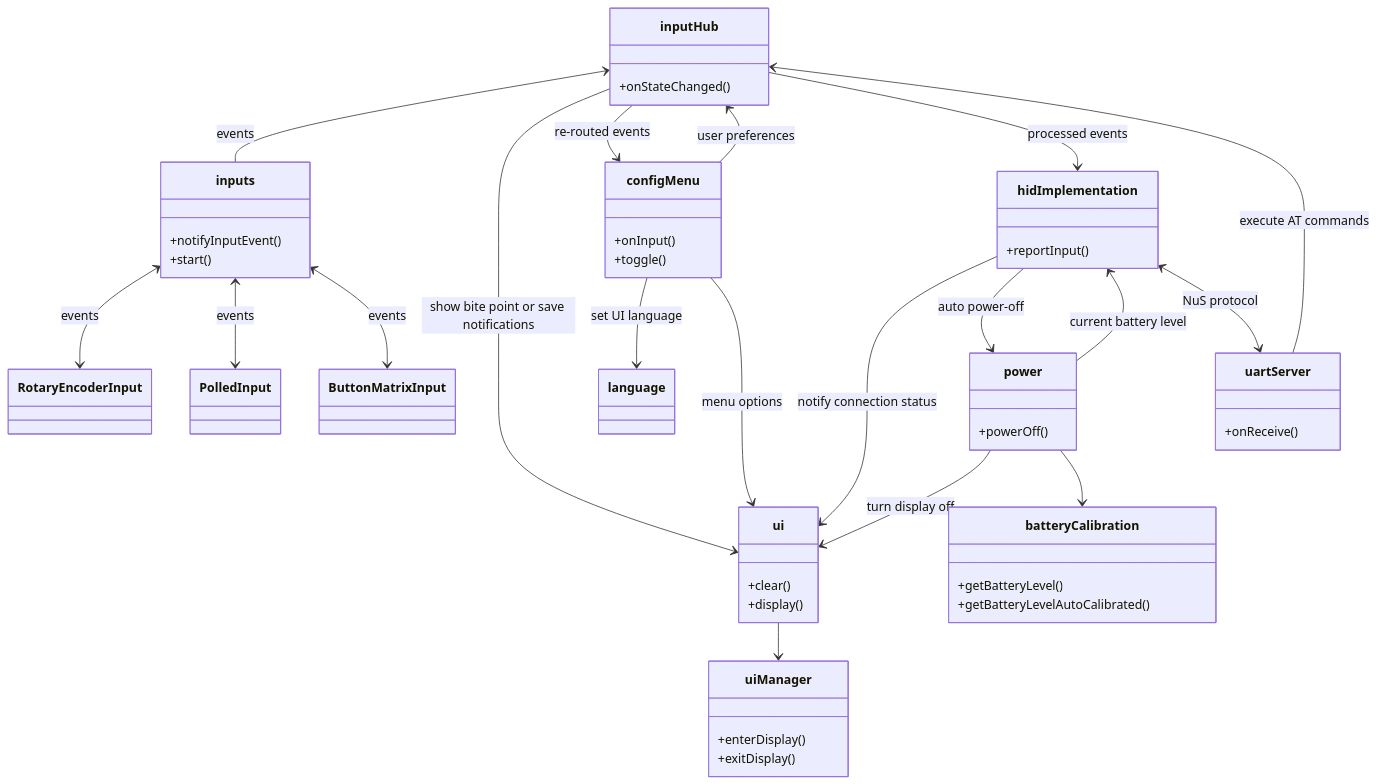
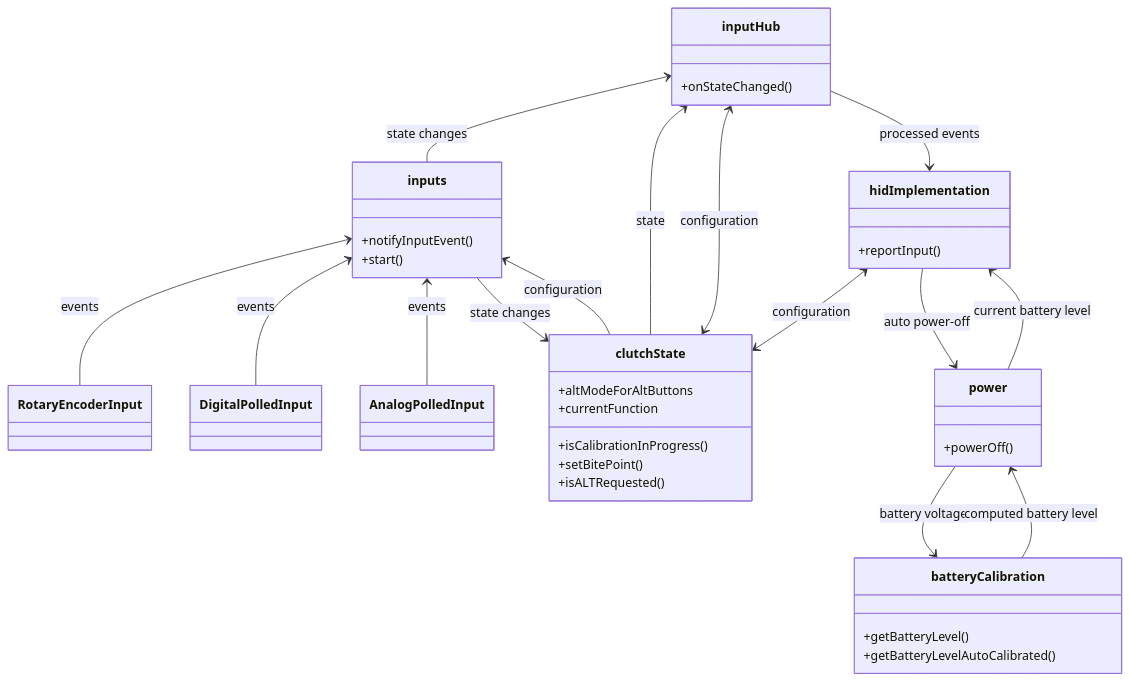
Before and after one commit to afpineda/OpenSourceSimWheelESP32: the first of 3 diagrams in doc/firmware/FirmwareArchitecture_en.md, drawn with Mermaid. The commit also changed other lines of this file and 239 other files, not shown here.

````diff
--- a/doc/firmware/FirmwareArchitecture_en.md
+++ b/doc/firmware/FirmwareArchitecture_en.md
@@ -38,56 +38,42 @@
 ```mermaid
 classDiagram
     class RotaryEncoderInput 
-    class PolledInput
     class inputs { 
       +notifyInputEvent()
       +start()
     }
     class inputHub {
       +onStateChanged()
     }
-    class language
-    class ui {
-      +clear()
-      +display()
-    }
-    class uiManager {
-      +enterDisplay()
-      +exitDisplay()
+    class clutchState {
+      +isCalibrationInProgress()
+      +setBitePoint()
+      +isALTRequested()
+      +altModeForAltButtons
+      +currentFunction
     }
     class hidImplementation {
       +reportInput()
-    }
-    class configMenu {
-      +onInput()
-      +toggle()
-    }
-    class uartServer {
-      +onReceive()
     }
     class power {
       +powerOff()
     }
     class batteryCalibration {
       +getBatteryLevel()
       +getBatteryLevelAutoCalibrated()
     }
-    inputHub <-- inputs: events
-    inputs <--> RotaryEncoderInput: events
-    inputs <--> PolledInput: events
-    inputs <--> ButtonMatrixInput: events
-    inputHub --> ui: show bite point or save notifications
-    inputHub --> configMenu: re-routed events
-    inputHub <-- configMenu: user preferences
+    inputHub <-- inputs: state changes
+    inputs <-- RotaryEncoderInput: events
+    inputs <-- DigitalPolledInput: events
+    inputs <-- AnalogPolledInput: events
+    inputs --> clutchState: state changes
+    inputs <-- clutchState: configuration
+    inputHub <-- clutchState: state
+    inputHub <--> clutchState: configuration
     inputHub --> hidImplementation: processed events
-    ui --> uiManager
-    configMenu --> language: set UI language
-    configMenu --> ui: menu options
-    hidImplementation --> ui: notify connection status 
+    hidImplementation <--> clutchState: configuration
     hidImplementation --> power: auto power-off 
     hidImplementation <-- power: current battery level
-    hidImplementation <--> uartServer: NuS protocol
-    uartServer --> inputHub: execute AT commands
-    power --> ui: turn display off
-    power --> batteryCalibration
+    power --> batteryCalibration: battery voltage
+    power <-- batteryCalibration: computed battery level
 ```
````
